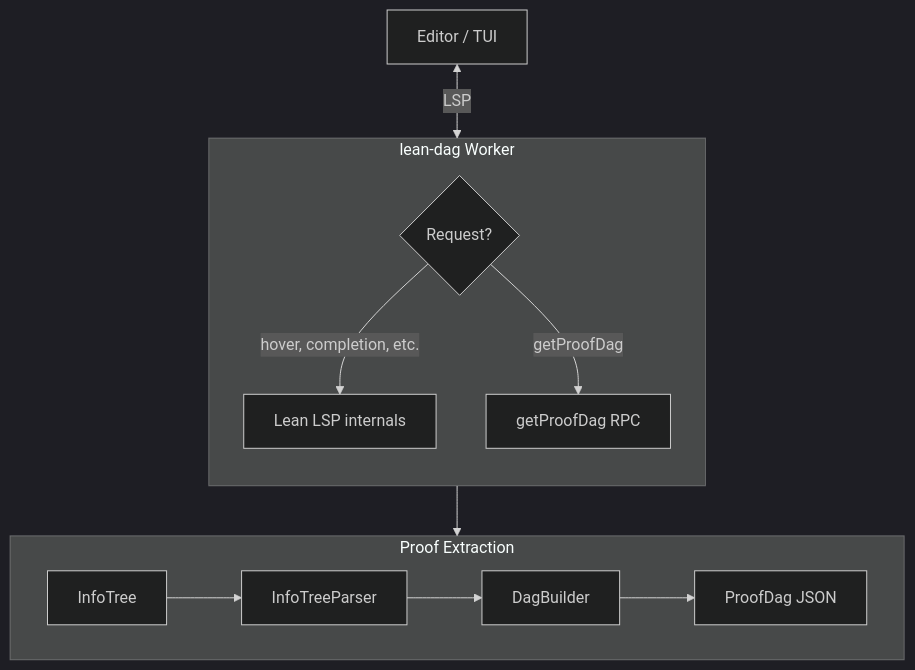
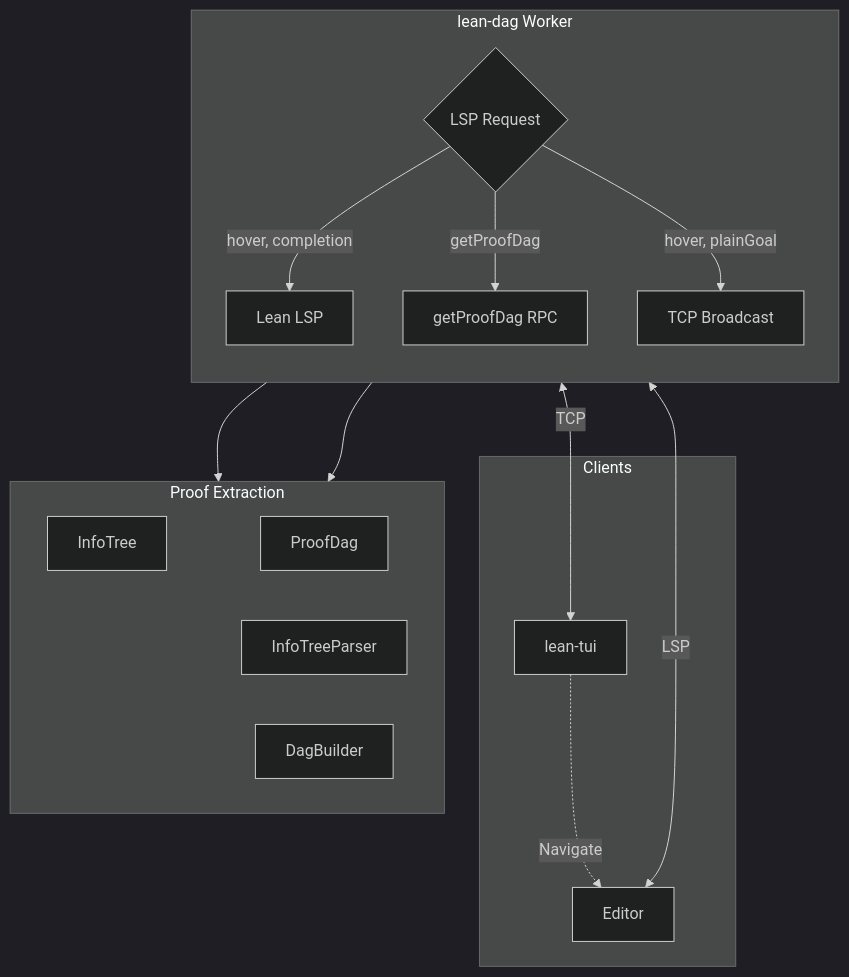
The diagram in README.md (wvhulle/lean-dag), drawn with Mermaid (dark theme) before and after one commit. The commit also changed 2 other files, not shown here.

Commit message:
refactor: remove duplicate diff struct

````diff
--- a/README.md
+++ b/README.md
@@ -19,23 +19,33 @@
 ```mermaid
 flowchart TB
-    Editor[Editor / TUI]
+    subgraph Clients
+        Editor[Editor]
+        TUI[lean-tui]
+    end
 
-    subgraph LeanDag[lean-dag Worker]
+    subgraph Worker[lean-dag Worker]
         direction TB
-        Router{Request?}
-        LeanLSP[Lean LSP internals]
-        ProofDag[getProofDag RPC]
+        Router{LSP Request}
+        LeanLSP[Lean LSP]
+        RPC[getProofDag RPC]
+        Broadcast[TCP Broadcast]
     end
 
     subgraph Pipeline[Proof Extraction]
         direction LR
-        InfoTree --> Parser[InfoTreeParser]
-        Parser --> Builder[DagBuilder]
-        Builder --> JSON[ProofDag JSON]
+        InfoTree[InfoTree]
+        Parser[InfoTreeParser]
+        Builder[DagBuilder]
+        JSON[ProofDag]
     end
 
     Editor <-->|LSP| Router
-    Router -->|hover, completion, etc.| LeanLSP
-    Router -->|getProofDag| ProofDag
-    ProofDag --> Pipeline
+    Router -->|hover, completion| LeanLSP
+    Router -->|getProofDag| RPC
+    Router -->|hover, plainGoal| Broadcast
+    RPC --> Pipeline
+    Broadcast --> Pipeline
+    Pipeline --> JSON
+    Broadcast <-->|TCP| TUI
+    TUI -.->|Navigate| Editor
 ```
````
